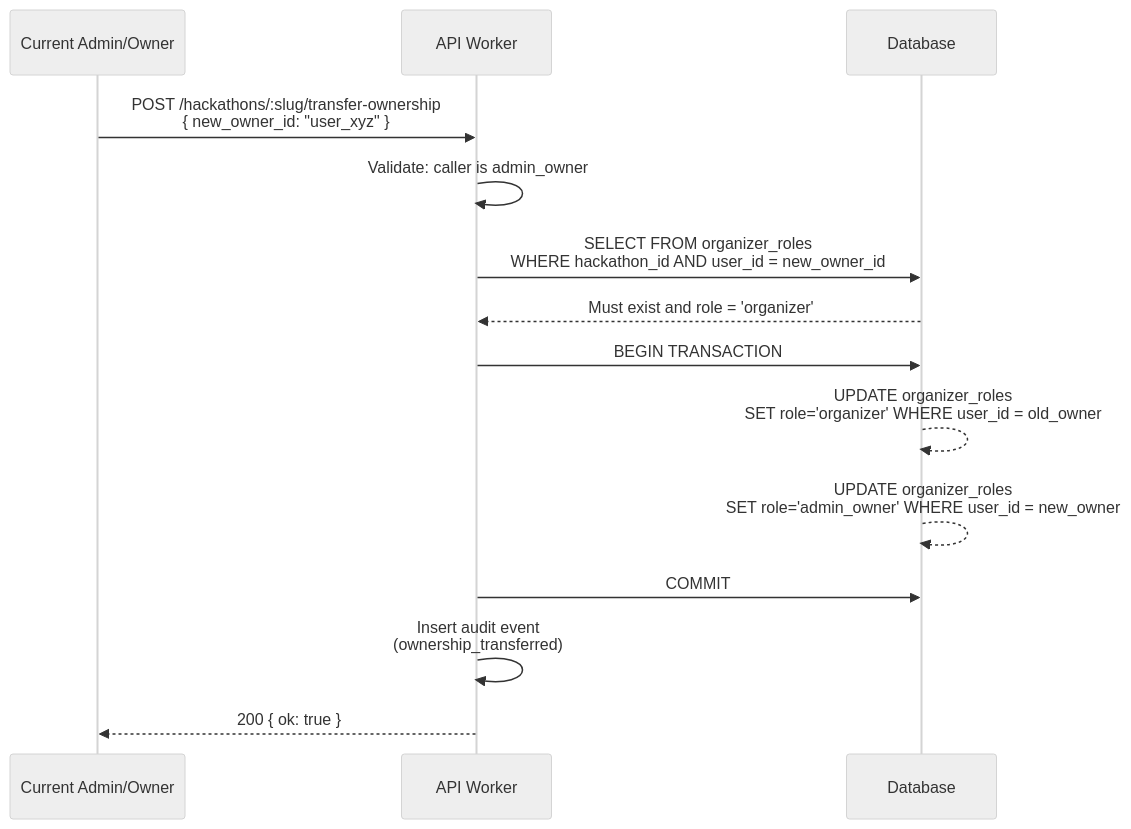
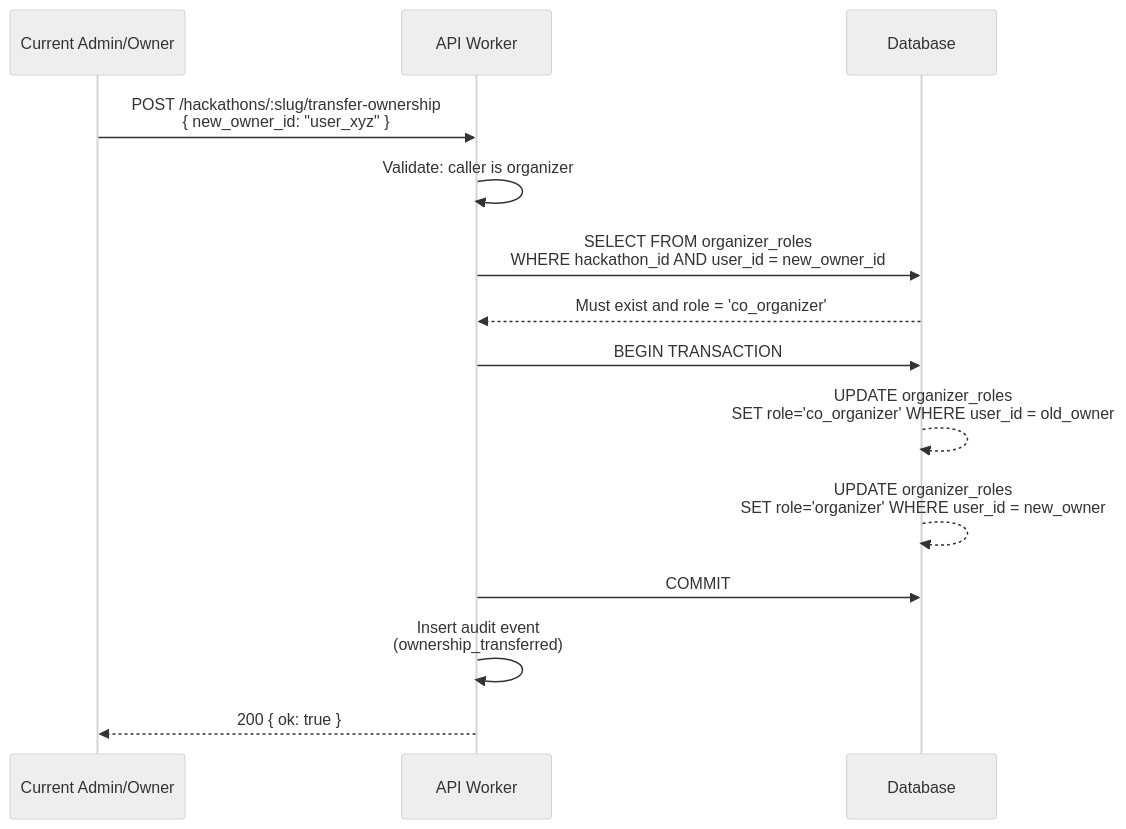
One commit to devangshupandey2025-stack/DevSage changed the eighth of 8 diagrams in docs/v3/planned/roles-permissions.md. Above: the diagram before and after it, drawn with Mermaid (neutral theme). The commit also changed other lines of this file and 2 other files, not shown here.

First line of the commit message:
docs(competition): verify and fix submissions, judging, and roles docs

````diff
--- a/docs/v3/planned/roles-permissions.md
+++ b/docs/v3/planned/roles-permissions.md
@@ -604,19 +606,19 @@
 ```mermaid
 sequenceDiagram
     participant O as Current Admin/Owner
     participant API as API Worker
     participant DB as Database
 
     O->>API: POST /hackathons/:slug/transfer-ownership<br/>{ new_owner_id: "user_xyz" }
-    API->>API: Validate: caller is admin_owner
+    API->>API: Validate: caller is organizer
     API->>DB: SELECT FROM organizer_roles<br/>WHERE hackathon_id AND user_id = new_owner_id
-    DB-->>API: Must exist and role = 'organizer'
+    DB-->>API: Must exist and role = 'co_organizer'
 
     API->>DB: BEGIN TRANSACTION
-    DB-->>DB: UPDATE organizer_roles<br/>SET role='organizer' WHERE user_id = old_owner
-    DB-->>DB: UPDATE organizer_roles<br/>SET role='admin_owner' WHERE user_id = new_owner
+    DB-->>DB: UPDATE organizer_roles<br/>SET role='co_organizer' WHERE user_id = old_owner
+    DB-->>DB: UPDATE organizer_roles<br/>SET role='organizer' WHERE user_id = new_owner
     API->>DB: COMMIT
 
     API->>API: Insert audit event<br/>(ownership_transferred)
     API-->>O: 200 { ok: true }
 ```
````
